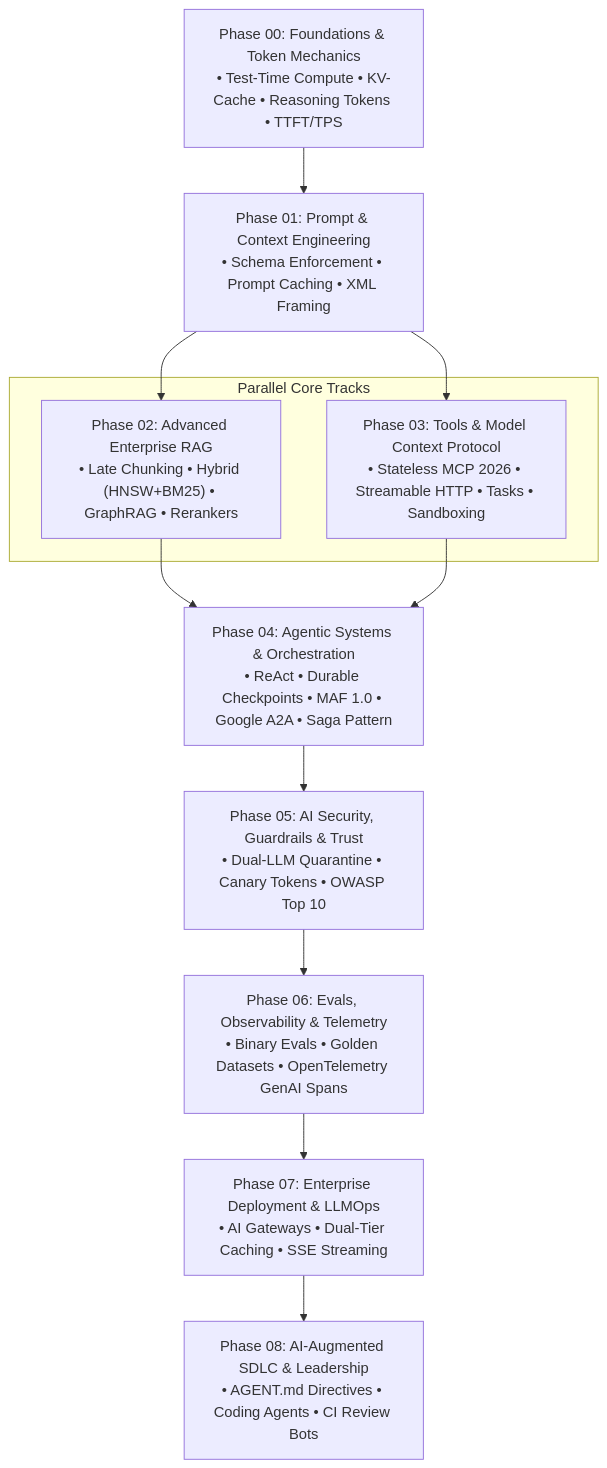
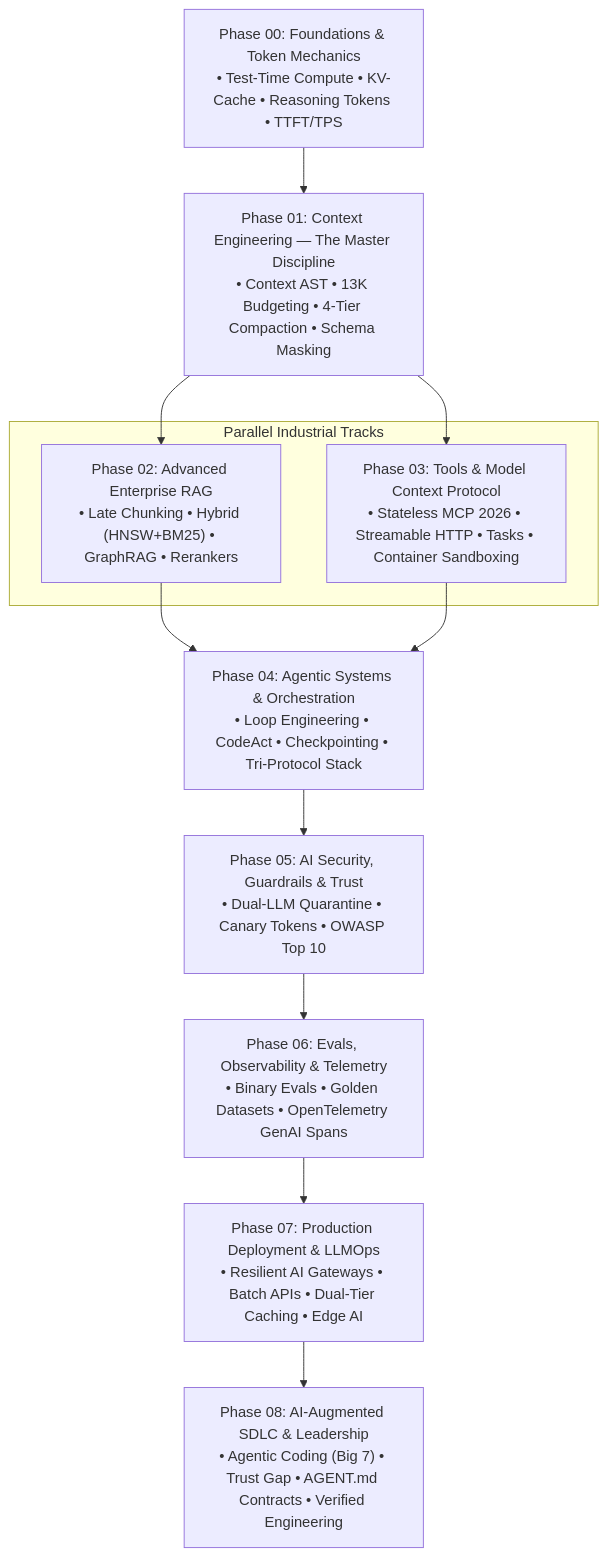
Before and after one commit to dip4k/senior-engineer-to-ai-engineer-roadmap: the second of 4 diagrams in README.md, drawn with Mermaid. The commit also changed other lines of this file and 2 other files, not shown here.

Commit message:
Complete multimodal agent lab (Lab 6) and simplify root README to follow GitHub Awesome learning flow

````diff
--- a/README.md
+++ b/README.md
@@ -100,20 +77,20 @@
 ```mermaid
 flowchart TD
     S0["Phase 00: Foundations & Token Mechanics<br>• Test-Time Compute • KV-Cache • Reasoning Tokens • TTFT/TPS"] --> S1
-    S1["Phase 01: Prompt & Context Engineering<br>• Schema Enforcement • Prompt Caching • XML Framing"] --> S2
+    S1["Phase 01: Context Engineering — The Master Discipline<br>• Context AST • 13K Budgeting • 4-Tier Compaction • Schema Masking"] --> S2
     S1 --> S3
     
-    subgraph CoreTracks["Parallel Core Tracks"]
+    subgraph CoreTracks["Parallel Industrial Tracks"]
         S2["Phase 02: Advanced Enterprise RAG<br>• Late Chunking • Hybrid (HNSW+BM25) • GraphRAG • Rerankers"]
-        S3["Phase 03: Tools & Model Context Protocol<br>• Stateless MCP 2026 • Streamable HTTP • Tasks • Sandboxing"]
+        S3["Phase 03: Tools & Model Context Protocol<br>• Stateless MCP 2026 • Streamable HTTP • Tasks • Container Sandboxing"]
     end
     
     S2 --> S4
     S3 --> S4
     
-    S4["Phase 04: Agentic Systems & Orchestration<br>• ReAct • Durable Checkpoints • MAF 1.0 • Google A2A • Saga Pattern"] --> S5
+    S4["Phase 04: Agentic Systems & Orchestration<br>• Loop Engineering • CodeAct • Checkpointing • Tri-Protocol Stack"] --> S5
     S5["Phase 05: AI Security, Guardrails & Trust<br>• Dual-LLM Quarantine • Canary Tokens • OWASP Top 10"] --> S6
     S6["Phase 06: Evals, Observability & Telemetry<br>• Binary Evals • Golden Datasets • OpenTelemetry GenAI Spans"] --> S7
-    S7["Phase 07: Enterprise Deployment & LLMOps<br>• AI Gateways • Dual-Tier Caching • SSE Streaming"] --> S8
-    S8["Phase 08: AI-Augmented SDLC & Leadership<br>• AGENT.md Directives • Coding Agents • CI Review Bots"]
+    S7["Phase 07: Production Deployment & LLMOps<br>• Resilient AI Gateways • Batch APIs • Dual-Tier Caching • Edge AI"] --> S8
+    S8["Phase 08: AI-Augmented SDLC & Leadership<br>• Agentic Coding (Big 7) • Trust Gap • AGENT.md Contracts • Verified Engineering"]
 ```
````
